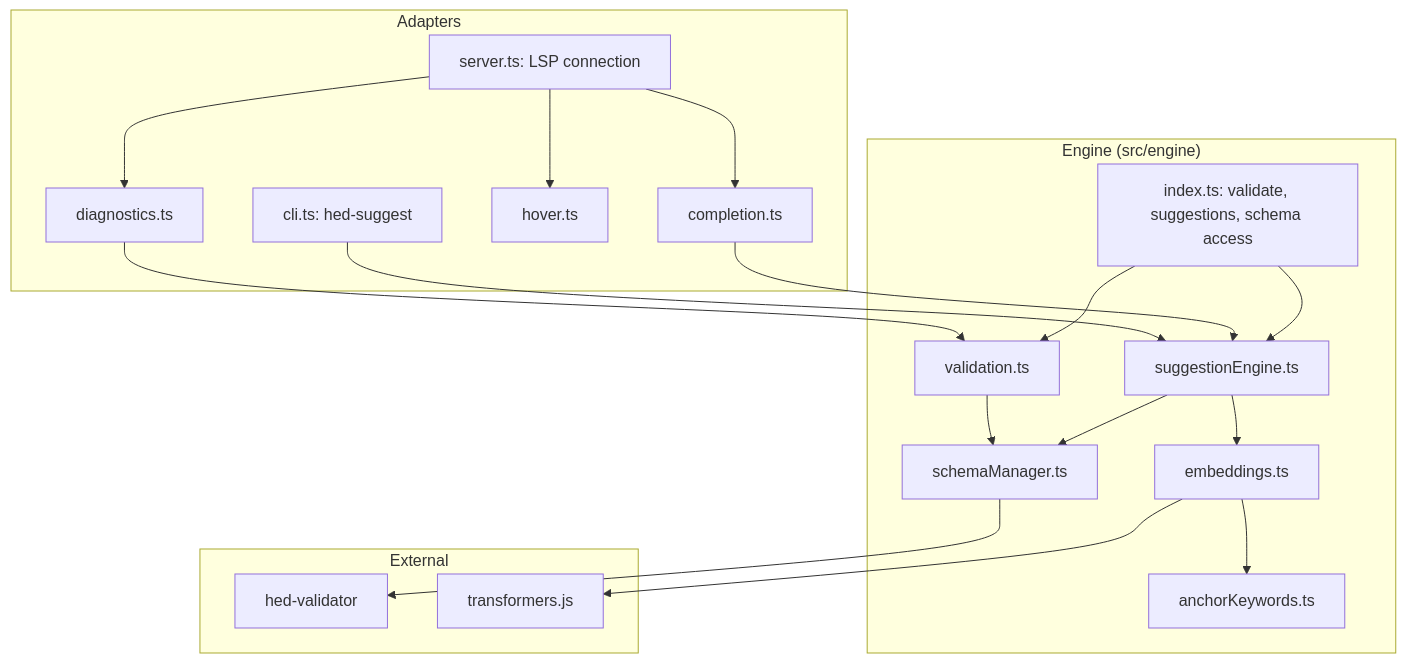
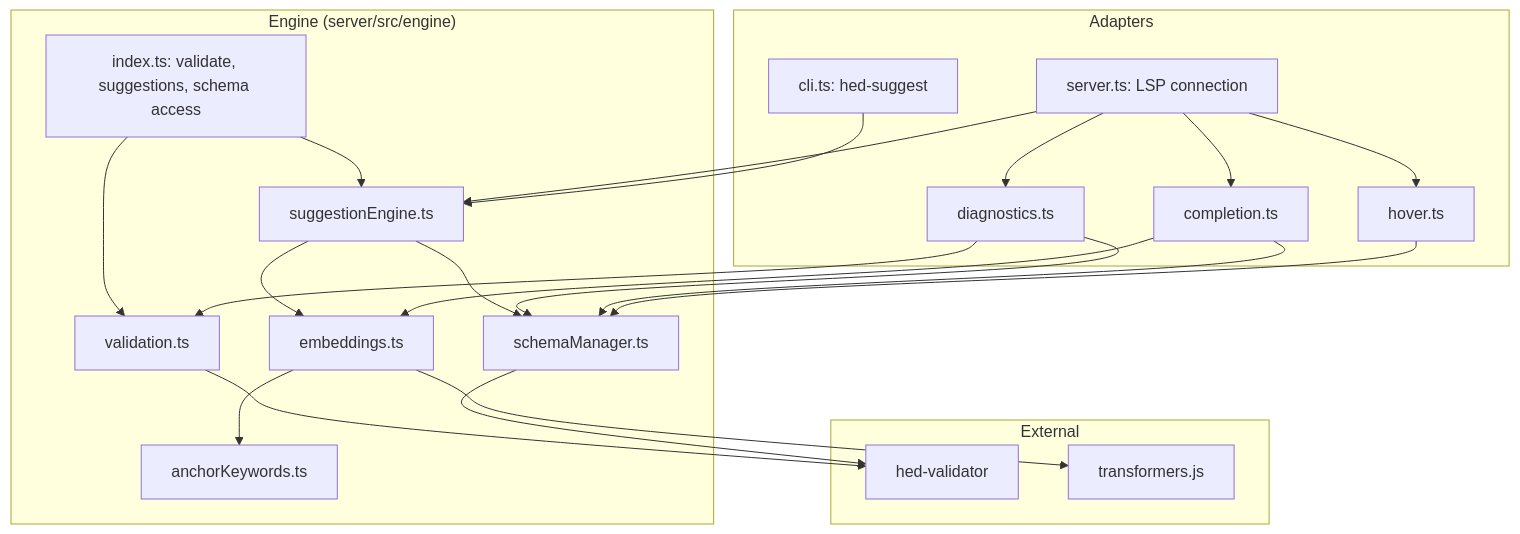
One commit to hed-standard/hed-lsp changed the third of 6 diagrams in docs/architecture.md. Above: the diagram before and after it, drawn with Mermaid. The commit also changed other lines of this file and 6 other files, not shown here.

First line of the commit message:
docs: correct engine paths and the diagram

````diff
--- a/docs/architecture.md
+++ b/docs/architecture.md
@@ -63,28 +63,32 @@
 ```mermaid
 graph TB
     subgraph "Adapters"
         A[server.ts: LSP connection] --> B[diagnostics.ts]
         A --> C[completion.ts]
         A --> D[hover.ts]
         E[cli.ts: hed-suggest]
     end
 
-    subgraph "Engine (src/engine)"
+    subgraph "Engine (server/src/engine)"
         F[index.ts: validate, suggestions, schema access]
         F --> G[validation.ts]
         F --> H[suggestionEngine.ts]
         H --> I[embeddings.ts]
         H --> J[schemaManager.ts]
-        G --> J
         I --> K[anchorKeywords.ts]
     end
 
     subgraph "External"
-        J --> L[hed-validator]
+        G --> L[hed-validator]
+        J --> L
         I --> M[transformers.js]
     end
 
+    A --> H
     B --> G
-    C --> H
+    B --> J
+    C --> I
+    C --> J
+    D --> J
     E --> H
 ```
````
